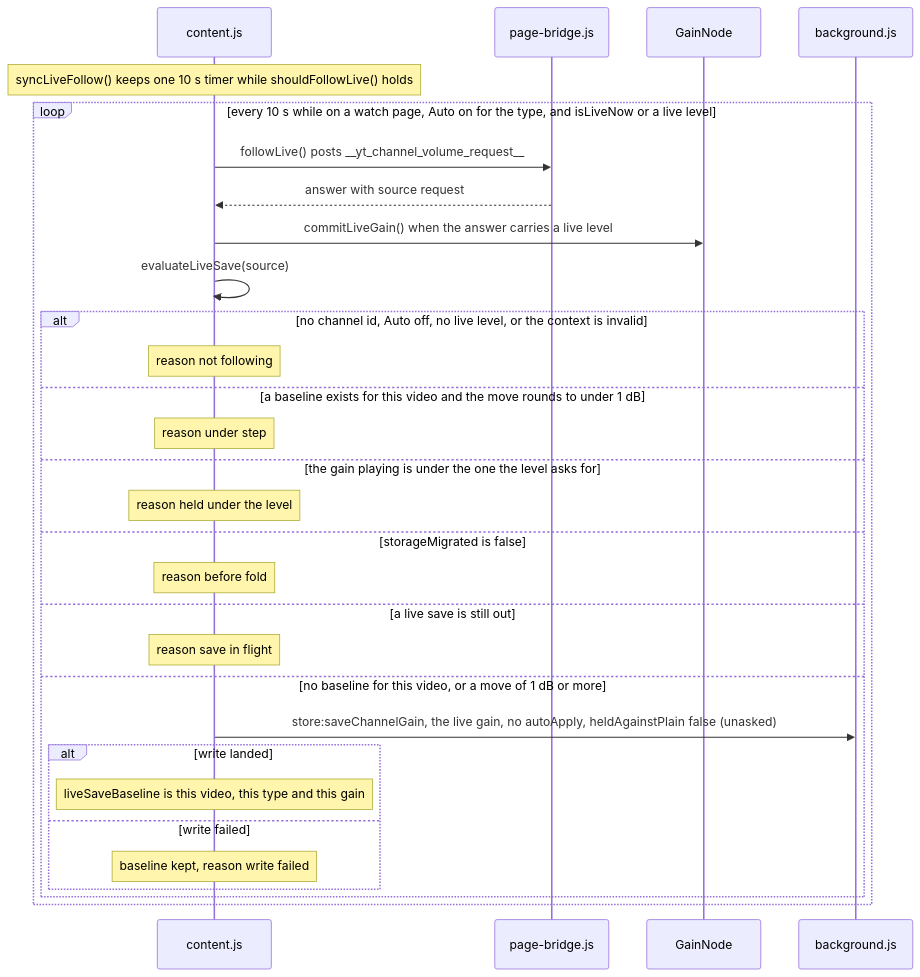
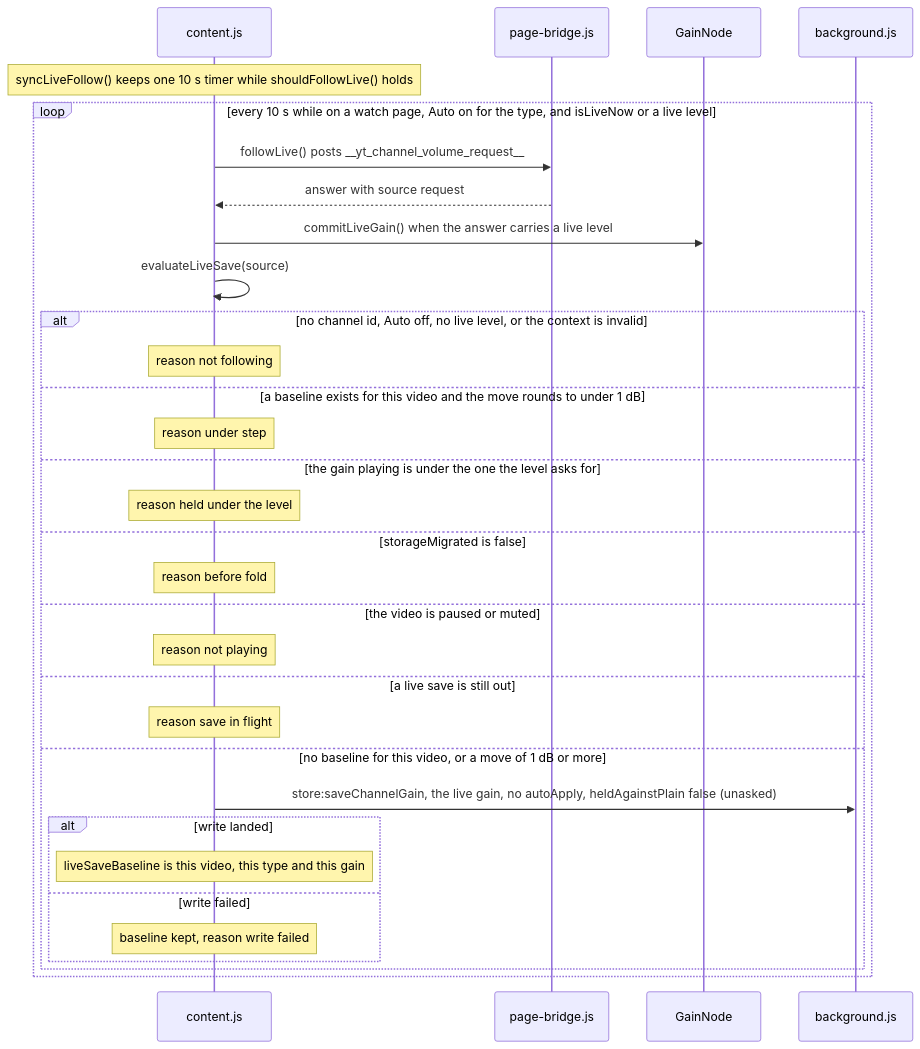
The ninth of 14 diagrams in docs/gain-change-and-save.md (semnil/yt-channel-volume), drawn with Mermaid before and after one commit. The commit also changed other lines of this file and 5 other files, not shown here.

First line of the commit message:
fix: make Auto's own save only in a tab that is playing the video

````diff
--- a/docs/gain-change-and-save.md
+++ b/docs/gain-change-and-save.md
@@ -455,32 +455,34 @@
 ```mermaid
 sequenceDiagram
   participant C as content.js
   participant B as page-bridge.js
   participant G as GainNode
   participant W as background.js
   Note over C: syncLiveFollow() keeps one 10 s timer while shouldFollowLive() holds
   loop every 10 s while on a watch page, Auto on for the type, and isLiveNow or a live level
     C->>B: followLive() posts __yt_channel_volume_request__
     B-->>C: answer with source request
     C->>G: commitLiveGain() when the answer carries a live level
     C->>C: evaluateLiveSave(source)
     alt no channel id, Auto off, no live level, or the context is invalid
       Note over C: reason not following
     else a baseline exists for this video and the move rounds to under 1 dB
       Note over C: reason under step
     else the gain playing is under the one the level asks for
       Note over C: reason held under the level
     else storageMigrated is false
       Note over C: reason before fold
+    else the video is paused or muted
+      Note over C: reason not playing
     else a live save is still out
       Note over C: reason save in flight
     else no baseline for this video, or a move of 1 dB or more
       C->>W: store:saveChannelGain, the live gain, no autoApply, heldAgainstPlain false (unasked)
       alt write landed
         Note over C: liveSaveBaseline is this video, this type and this gain
       else write failed
         Note over C: baseline kept, reason write failed
       end
     end
   end
 ```
````
